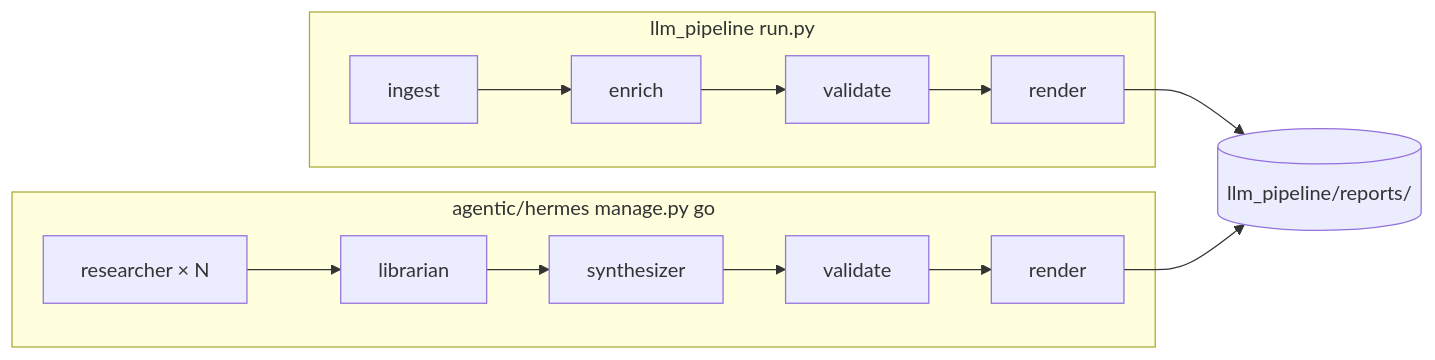
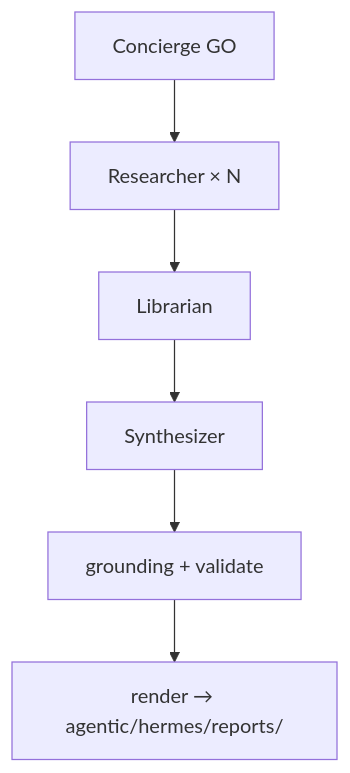
Before and after one commit to mameen/AI_Digest: the diagram in .agents/onboarding/architecture.md, drawn with Mermaid. The commit also changed other lines of this file and 53 other files, not shown here.

````diff
--- a/.agents/onboarding/architecture.md
+++ b/.agents/onboarding/architecture.md
@@ -120,15 +20,8 @@
 ```mermaid
-flowchart LR
-    subgraph batch [llm_pipeline run.py]
-        I1[ingest] --> E1[enrich] --> V1[validate] --> R1[render]
-    end
-
-    subgraph agentic [agentic/hermes manage.py go]
-        R2[researcher × N] --> L2[librarian] --> S2[synthesizer]
-        S2 --> V2[validate] --> R2b[render]
-    end
-
-    OUT[(llm_pipeline/reports/)]
-    R1 --> OUT
-    R2b --> OUT
+flowchart TB
+    GO[Concierge GO] --> R[Researcher × N]
+    R --> L[Librarian]
+    L --> S[Synthesizer]
+    S --> V[grounding + validate]
+    V --> OUT[render → agentic/hermes/reports/]
 ```
````
